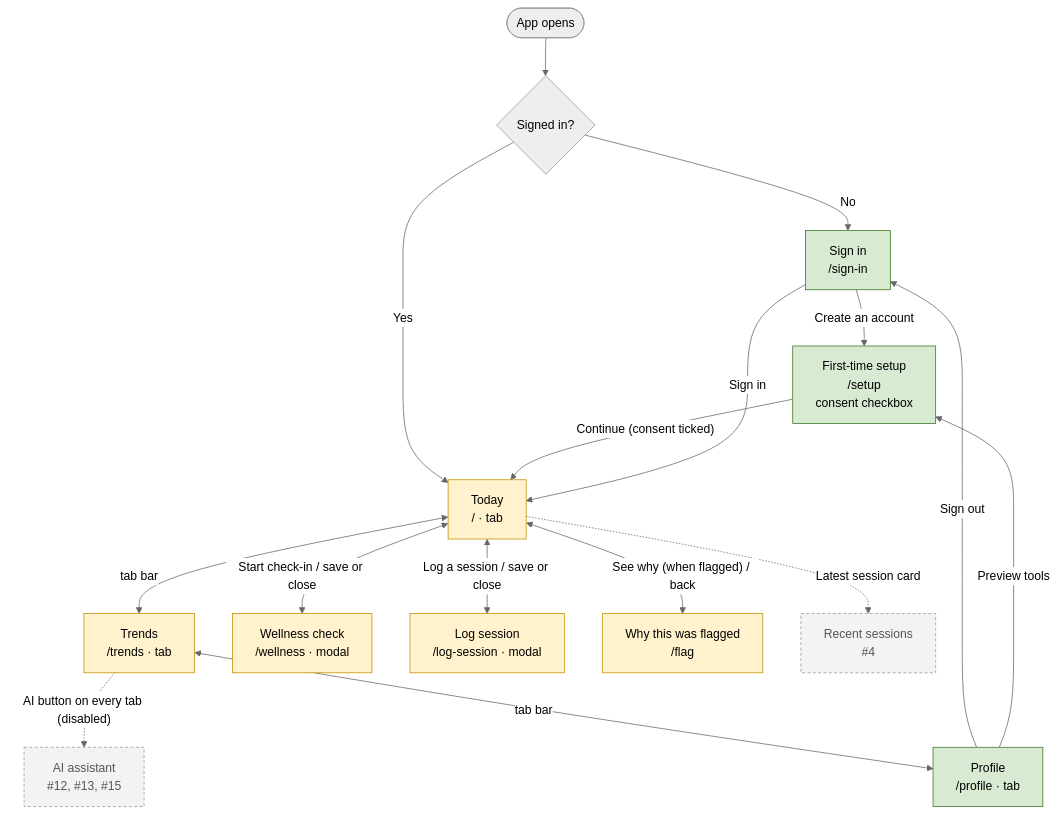
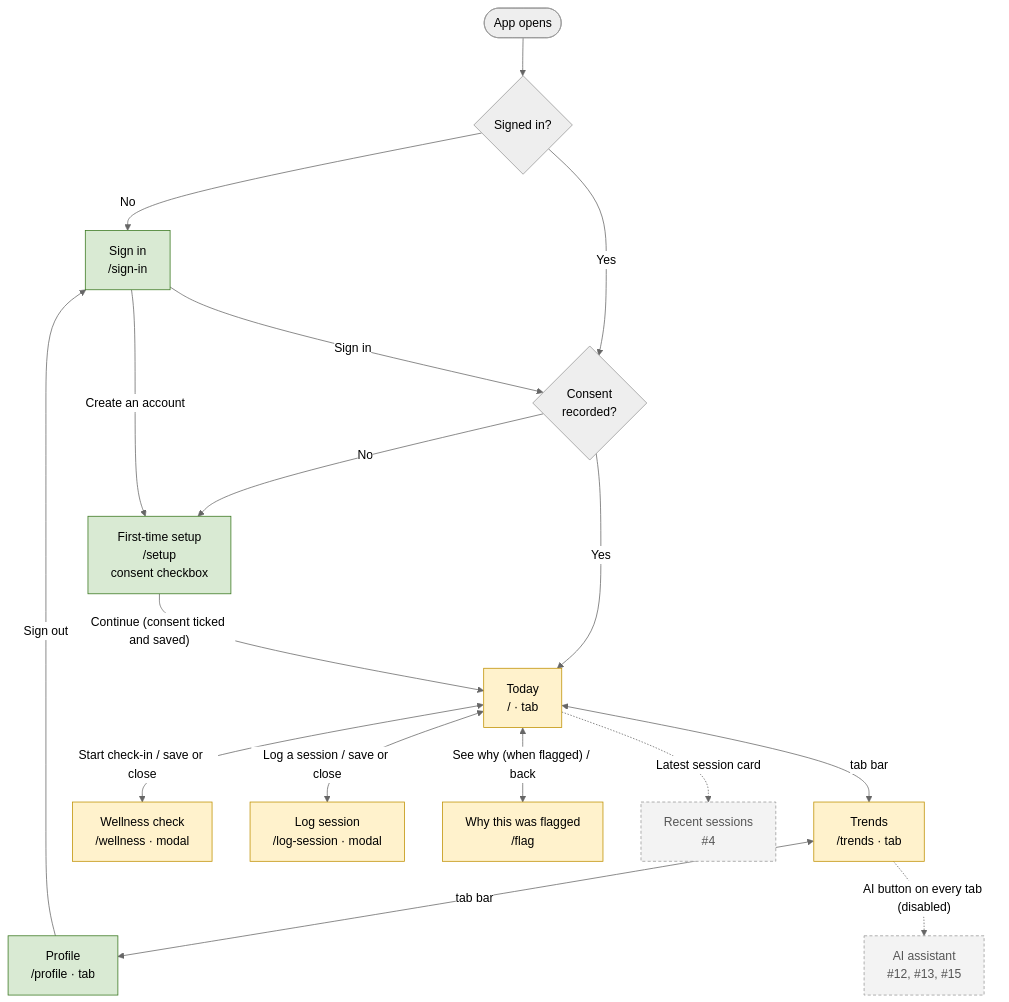
The first of 2 diagrams in docs/design/navigation-map.md (peterbryson/LoadWise), drawn with Mermaid (neutral theme) before and after one commit. The commit also changed other lines of this file and 12 other files, not shown here.

First line of the commit message:
feat(mobile): save health-data consent at setup and gate the app on it (#1)

````diff
--- a/docs/design/navigation-map.md
+++ b/docs/design/navigation-map.md
@@ -13,30 +13,31 @@
 ```mermaid
 flowchart TD
   start([App opens]) --> auth{Signed in?}
   auth -- No --> signin[Sign in<br/>/sign-in]
-  auth -- Yes --> today
+  auth -- Yes --> consent{Consent<br/>recorded?}
+  consent -- Yes --> today
+  consent -- No --> setup
   signin -- "Create an account" --> setup[First-time setup<br/>/setup<br/>consent checkbox]
-  setup -- "Continue (consent ticked)" --> today
-  signin -- "Sign in" --> today
+  setup -- "Continue (consent ticked and saved)" --> today
+  signin -- "Sign in" --> consent
 
   today[Today<br/>/ · tab]
   trends[Trends<br/>/trends · tab]
   profile[Profile<br/>/profile · tab]
   today <-- "tab bar" --> trends
   trends <-- "tab bar" --> profile
 
   today <-- "Start check-in / save or close" --> wellness[Wellness check<br/>/wellness · modal]
   today <-- "Log a session / save or close" --> logsession[Log session<br/>/log-session · modal]
   today <-- "See why (when flagged) / back" --> flag[Why this was flagged<br/>/flag]
   today -.->|"Latest session card"| history[Recent sessions<br/>#4]:::planned
   trends -.->|"AI button on every tab (disabled)"| ai[AI assistant<br/>#12, #13, #15]:::planned
 
   profile -- "Sign out" --> signin
-  profile -- "Preview tools" --> setup
 
   class signin,setup,profile real
   class today,trends,wellness,logsession,flag preview
   classDef real fill:#d9ead3,stroke:#38761d,color:#000
   classDef preview fill:#fff2cc,stroke:#bf9000,color:#000
   classDef planned fill:#f3f3f3,stroke:#999,stroke-dasharray:4 3,color:#555
 ```
````
